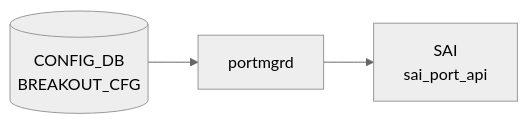
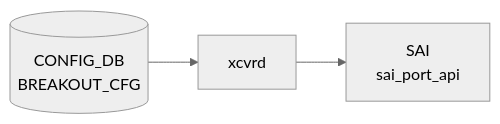
One commit to aoki-taquan/sonic-unofficial-docs changed the diagram in docs/reference/config-db/breakout-cfg.md. Above: the diagram before and after it, drawn with Mermaid (neutral theme). The commit also changed 13 other files, not shown here.

````diff
--- a/docs/reference/config-db/breakout-cfg.md
+++ b/docs/reference/config-db/breakout-cfg.md
@@ -32,8 +32,8 @@
 ```mermaid
 flowchart LR
   CDB[("CONFIG_DB<br/>BREAKOUT_CFG")]
-  DM["portmgrd"]
+  DM["xcvrd"]
   CDB --> DM
   SAI["SAI<br/>sai_port_api"]
   DM --> SAI
 ```
````
